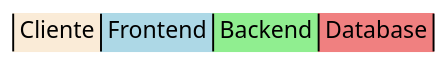
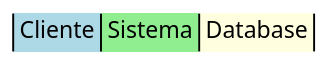
Before and after one commit to Seniorsimo/sas-template: the second of 4 diagrams in 03-behavioral-diagrams/activity-diagrams/INSTRUCTIONS.md, drawn with PlantUML. The commit also changed other lines of this file and 9 other files, not shown here.

Commit message:
Refactor diagram instructions and templates

````diff
--- a/03-behavioral-diagrams/activity-diagrams/INSTRUCTIONS.md
+++ b/03-behavioral-diagrams/activity-diagrams/INSTRUCTIONS.md
@@ -132,6 +26,5 @@
-```plantuml
-|#AntiqueWhite|Cliente|
-|#LightBlue|Frontend|
-|#LightGreen|Backend|
-|#LightCoral|Database|
-```
+    ```plantuml
+    |#LightBlue|Cliente|
+    |#LightGreen|Sistema|
+    |#LightYellow|Database|
+    ```
````
